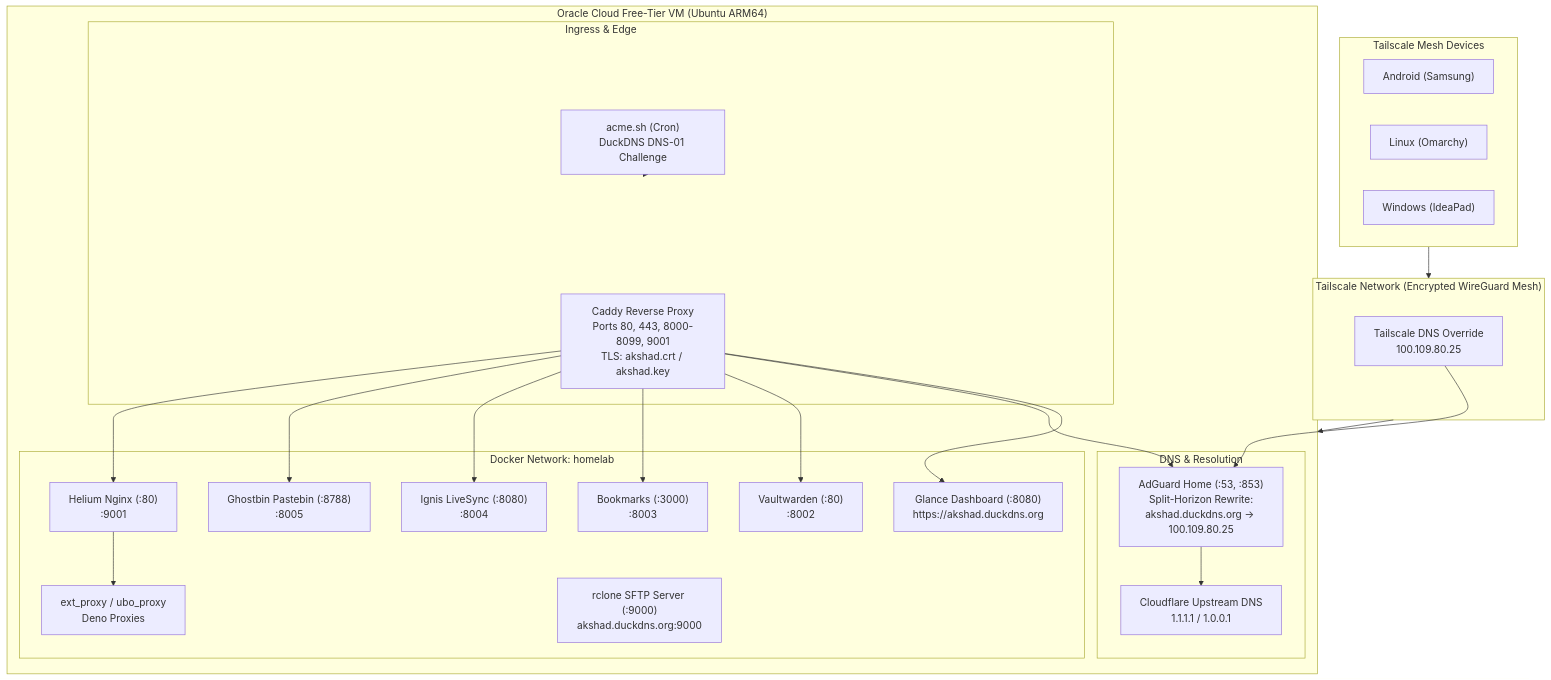
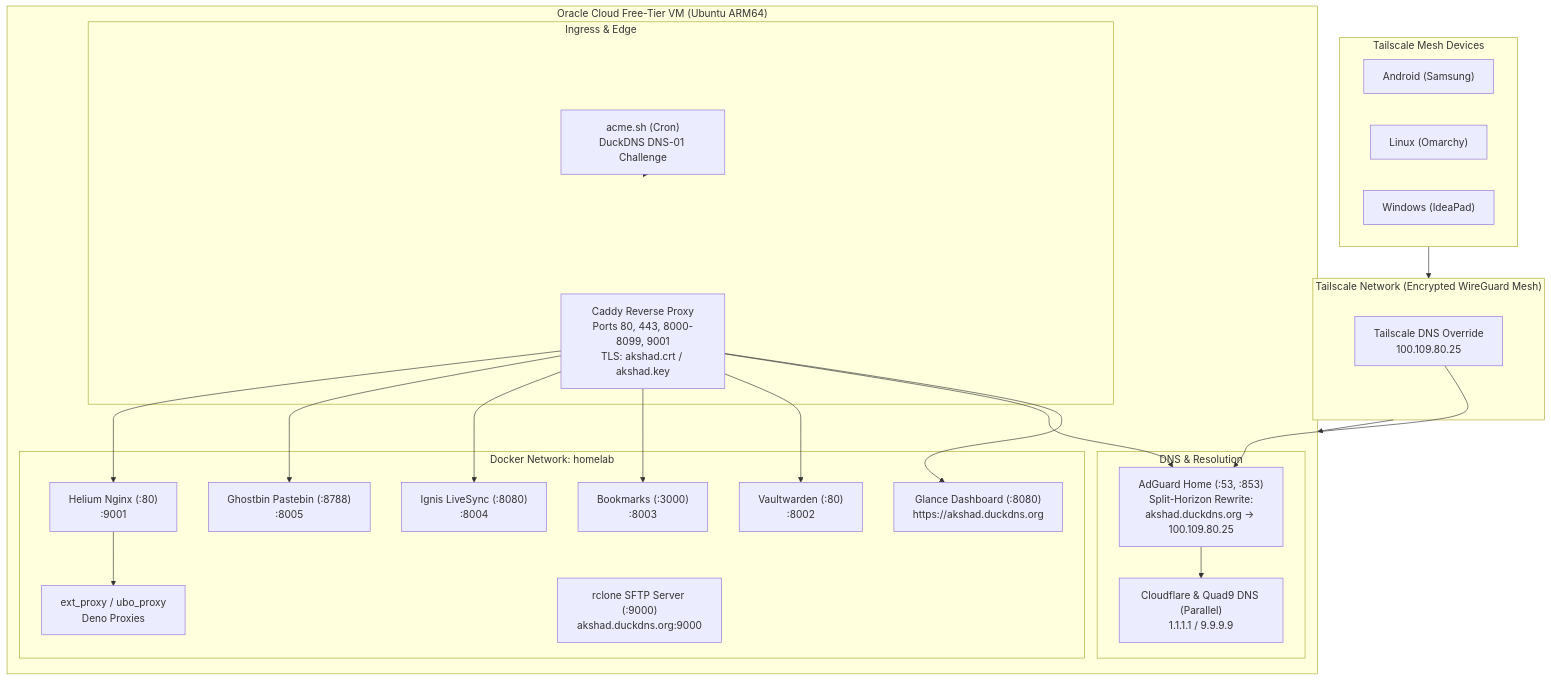
One commit to Akshad135/homelab changed the diagram in diagrams/architecture.mmd. Above: the diagram before and after it, drawn with Mermaid. The commit also changed 4 other files, not shown here.

Commit message:
chore: configure Cloudflare and Quad9 parallel upstreams in AdGuard

```diff
--- a/diagrams/architecture.mmd
+++ b/diagrams/architecture.mmd
@@ -1,47 +1,47 @@
 flowchart TB
     subgraph Clients["Tailscale Mesh Devices"]
         phone["Android (Samsung)"]
         laptop["Linux (Omarchy)"]
         desktop["Windows (IdeaPad)"]
     end
 
     subgraph Tailnet["Tailscale Network (Encrypted WireGuard Mesh)"]
         dns_override["Tailscale DNS Override<br/>100.109.80.25"]
     end
 
     subgraph Oracle["Oracle Cloud Free-Tier VM (Ubuntu ARM64)"]
         subgraph Ingress["Ingress & Edge"]
             caddy["Caddy Reverse Proxy<br/>Ports 80, 443, 8000-8099, 9001<br/>TLS: akshad.crt / akshad.key"]
             acme["acme.sh (Cron)<br/>DuckDNS DNS-01 Challenge"]
         end
 
         subgraph DNS["DNS & Resolution"]
             adguard["AdGuard Home (:53, :853)<br/>Split-Horizon Rewrite:<br/>akshad.duckdns.org -> 100.109.80.25"]
-            cloudflare["Cloudflare Upstream DNS<br/>1.1.1.1 / 1.0.0.1"]
+            cloudflare["Cloudflare & Quad9 DNS (Parallel)<br/>1.1.1.1 / 9.9.9.9"]
         end
 
         subgraph HomelabNet["Docker Network: homelab"]
             glance["Glance Dashboard (:8080)<br/>https://akshad.duckdns.org"]
             vw["Vaultwarden (:80)<br/>:8002"]
             bm["Bookmarks (:3000)<br/>:8003"]
             ignis["Ignis LiveSync (:8080)<br/>:8004"]
             pastebin["Ghostbin Pastebin (:8788)<br/>:8005"]
             helium_nginx["Helium Nginx (:80)<br/>:9001"]
             helium_proxies["ext_proxy / ubo_proxy<br/>Deno Proxies"]
             rclone["rclone SFTP Server (:9000)<br/>akshad.duckdns.org:9000"]
         end
     end
 
     Clients --> Tailnet
     Tailnet --> Oracle
     dns_override --> adguard
     adguard --> cloudflare
     caddy --> glance
     caddy --> adguard
     caddy --> vw
     caddy --> bm
     caddy --> ignis
     caddy --> pastebin
     caddy --> helium_nginx
     helium_nginx --> helium_proxies
     acme -.-> Ingress
```
